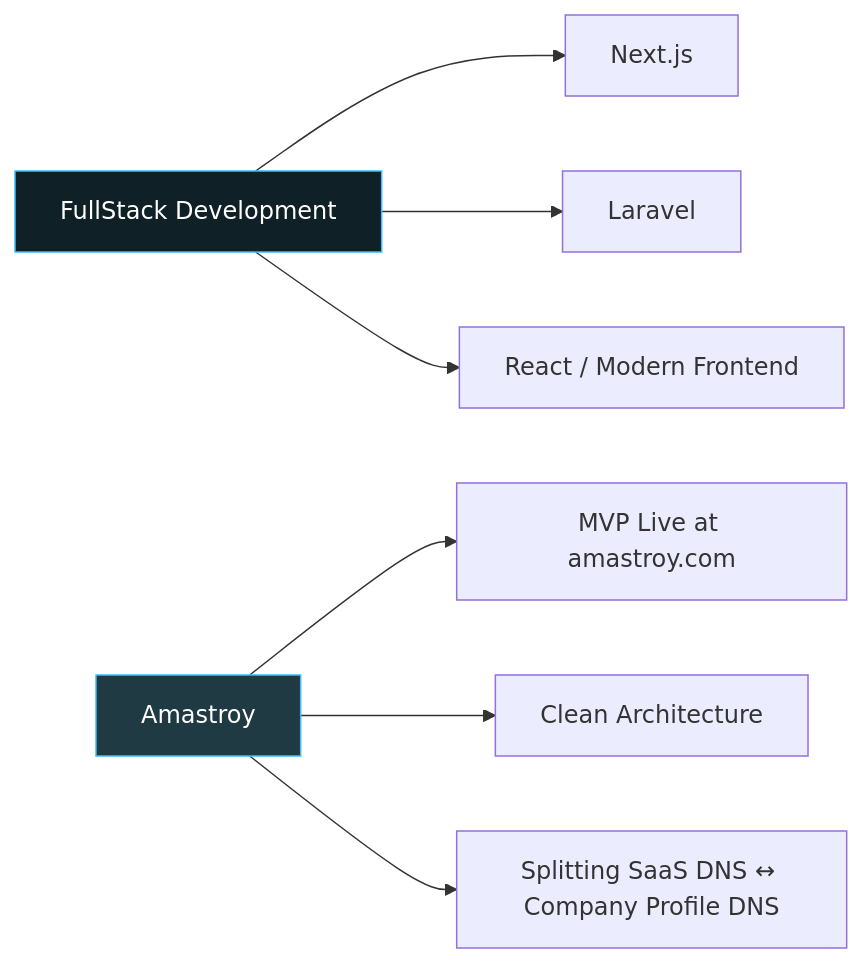
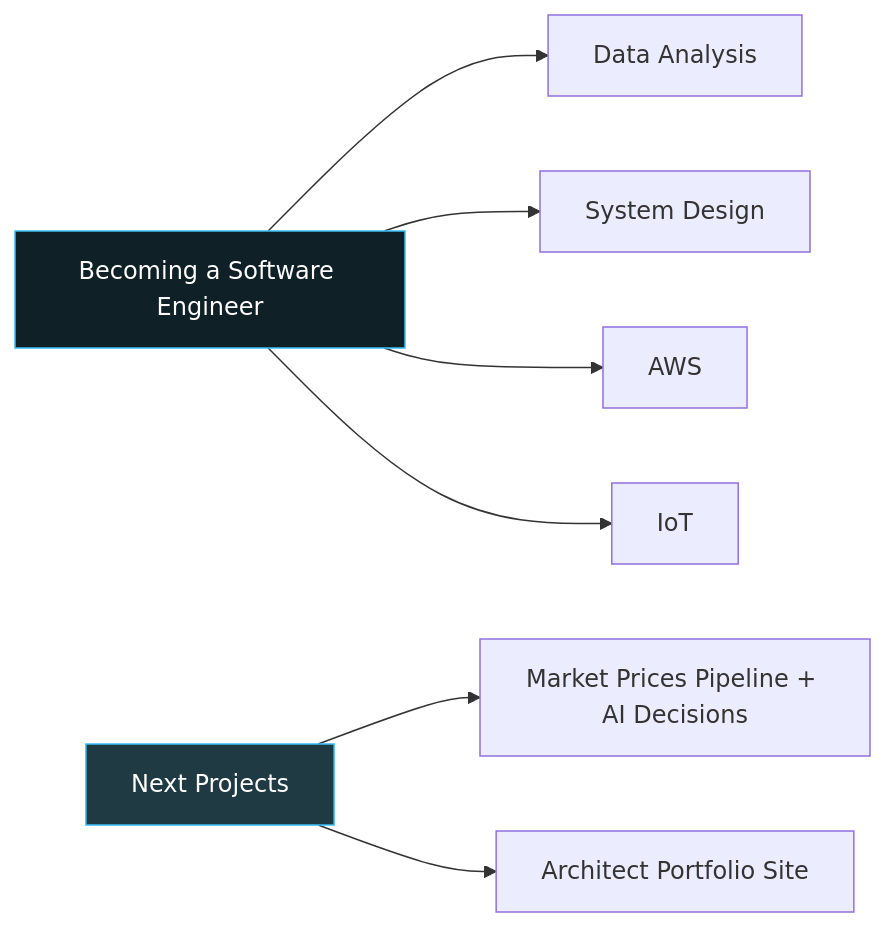
The diagram in README.md (Alilacream/Alilacream), drawn with Mermaid before and after one commit. The commit also changed other lines of this file, not shown here.

First line of the commit message:
Revise README with current status and projects

````diff
--- a/README.md
+++ b/README.md
@@ -73,12 +117,12 @@
 ```mermaid
 graph LR
-    A[FullStack Development] --> B[Next.js]
-    A --> C[Laravel]
-    A --> D[React / Modern Frontend]
-    E[Amastroy] --> F[MVP Live at amastroy.com]
-    E --> G[Clean Architecture]
-    E --> H[Splitting SaaS DNS ↔ Company Profile DNS]
+    A[Becoming a Software Engineer] --> B[Data Analysis]
+    A --> C[System Design]
+    A --> D[AWS]
+    A --> E[IoT]
+    F[Next Projects] --> G[Market Prices Pipeline + AI Decisions]
+    F --> H[Architect Portfolio Site]
 
     style A fill:#0f2027,stroke:#38BDF8,color:#fff
-    style E fill:#203a43,stroke:#38BDF8,color:#fff
+    style F fill:#203a43,stroke:#38BDF8,color:#fff
 ```
````
